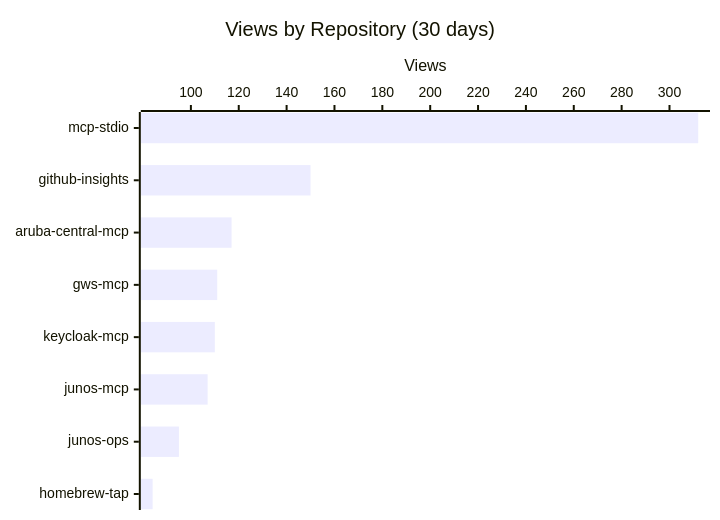
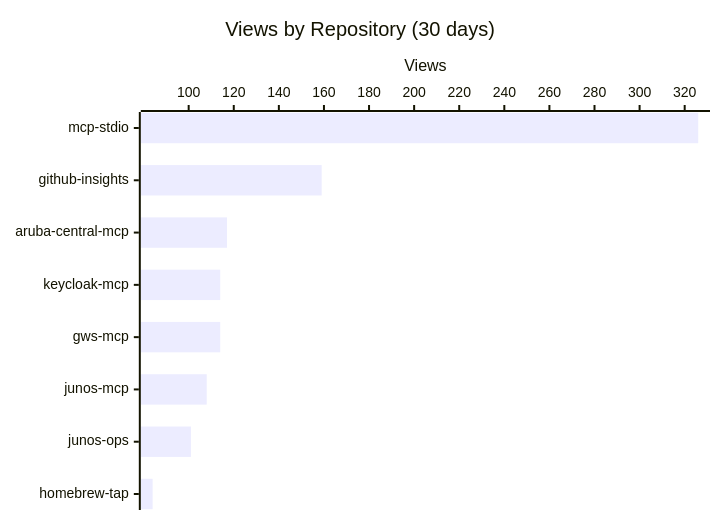
The first of 3 diagrams in README.md (shigechika/github-insights), drawn with Mermaid before and after one commit. The commit also changed other lines of this file and 1 other file, not shown here.

````diff
--- a/README.md
+++ b/README.md
@@ -12,7 +12,7 @@
 ```mermaid
 xychart-beta horizontal
     title "Views by Repository (30 days)"
-    x-axis ["mcp-stdio", "github-insights", "aruba-central-mcp", "gws-mcp", "keycloak-mcp", "junos-mcp", "junos-ops", "homebrew-tap"]
+    x-axis ["mcp-stdio", "github-insights", "aruba-central-mcp", "keycloak-mcp", "gws-mcp", "junos-mcp", "junos-ops", "homebrew-tap"]
     y-axis "Views"
-    bar [312, 150, 117, 111, 110, 107, 95, 84]
+    bar [326, 159, 117, 114, 114, 108, 101, 84]
 ```
````
